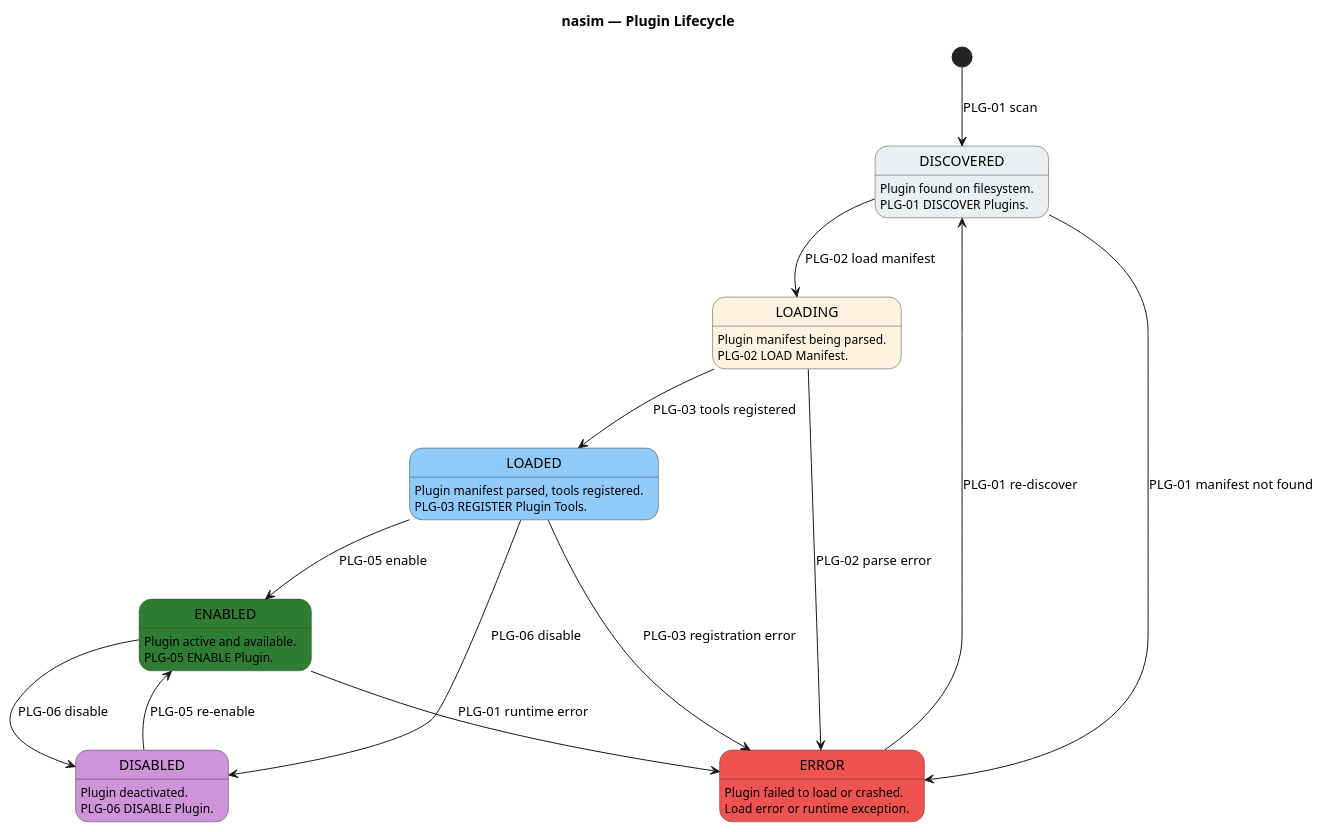
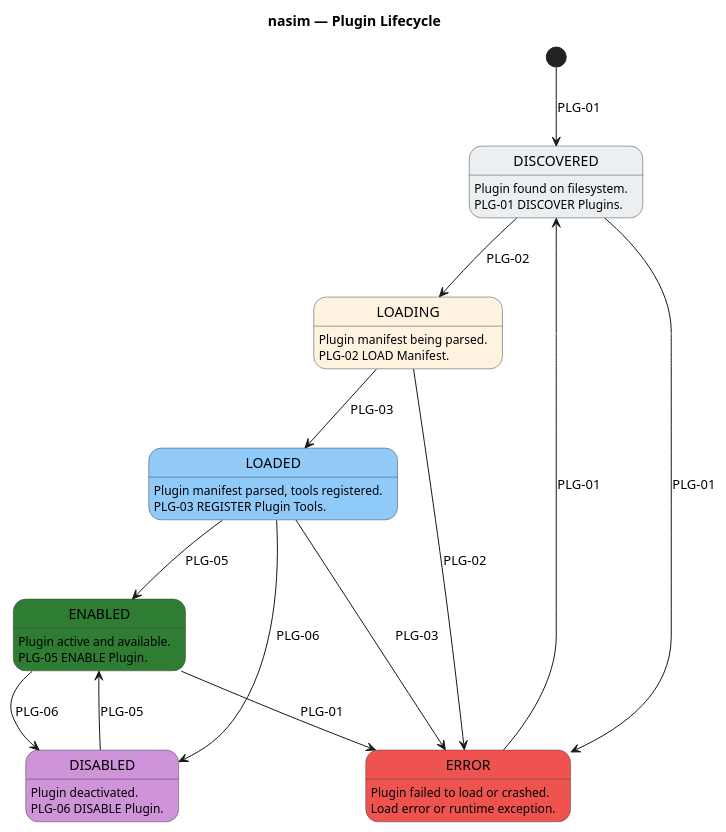
One commit to salimnamvar/nasim changed the third of 4 diagrams in SM.md. Above: the diagram before and after it, drawn with PlantUML. The commit also changed other lines of this file and 3 other files, not shown here.

Commit message:
docs: Update documentation paths and enhance component diagram descriptions

```diff
--- a/SM.md
+++ b/SM.md
@@ -341,59 +344,59 @@
 @startuml sm_plugin_lifecycle
 ' ============================================================
 ' Title:     nasim — Plugin Lifecycle State Machine
 ' Boundary:  nasim code agent
 ' Purpose:   Entity lifecycle for Plugin (persisted in config)
 ' Milestone: v1.0
-' Version:   1.0.0
+' Version:   6.0.0
 ' Source:    docs/UC/README.md
 ' Review:    docs/audit/audit.2026.06.20.sq-sm-chain.car.md
 ' ============================================================
 
 title nasim — Plugin Lifecycle
 
 skinparam state {
   BackgroundColor #FFFFFF
   BorderColor #424242
   FontColor #000000
 }
 
-[*] --> DISCOVERED : PLG-01 scan
+[*] --> DISCOVERED : PLG-01
 
 state "DISCOVERED" as DISCOVERED #ECEFF1
 DISCOVERED : Plugin found on filesystem.
 DISCOVERED : PLG-01 DISCOVER Plugins.
 
 state "LOADING" as LOADING #FFF3E0
 LOADING : Plugin manifest being parsed.
 LOADING : PLG-02 LOAD Manifest.
 
 state "LOADED" as LOADED #90CAF9
 LOADED : Plugin manifest parsed, tools registered.
 LOADED : PLG-03 REGISTER Plugin Tools.
 
 state "ENABLED" as ENABLED #2E7D32
 ENABLED : Plugin active and available.
 ENABLED : PLG-05 ENABLE Plugin.
 
 state "DISABLED" as DISABLED #CE93D8
 DISABLED : Plugin deactivated.
 DISABLED : PLG-06 DISABLE Plugin.
 
 state "ERROR" as ERROR #EF5350
 ERROR : Plugin failed to load or crashed.
 ERROR : Load error or runtime exception.
 
-DISCOVERED --> LOADING : PLG-02 load manifest
-DISCOVERED --> ERROR : PLG-01 manifest not found
-LOADING --> LOADED : PLG-03 tools registered
-LOADING --> ERROR : PLG-02 parse error
-LOADED --> ENABLED : PLG-05 enable
-LOADED --> DISABLED : PLG-06 disable
-ENABLED --> DISABLED : PLG-06 disable
-DISABLED --> ENABLED : PLG-05 re-enable
-ENABLED --> ERROR : PLG-01 runtime error
-LOADED --> ERROR : PLG-03 registration error
+DISCOVERED --> LOADING : PLG-02
+DISCOVERED --> ERROR : PLG-01
+LOADING --> LOADED : PLG-03
+LOADING --> ERROR : PLG-02
+LOADED --> ENABLED : PLG-05
+LOADED --> DISABLED : PLG-06
+ENABLED --> DISABLED : PLG-06
+DISABLED --> ENABLED : PLG-05
+ENABLED --> ERROR : PLG-01
+LOADED --> ERROR : PLG-03
 
-ERROR --> DISCOVERED : PLG-01 re-discover
+ERROR --> DISCOVERED : PLG-01
 
 @enduml
```
